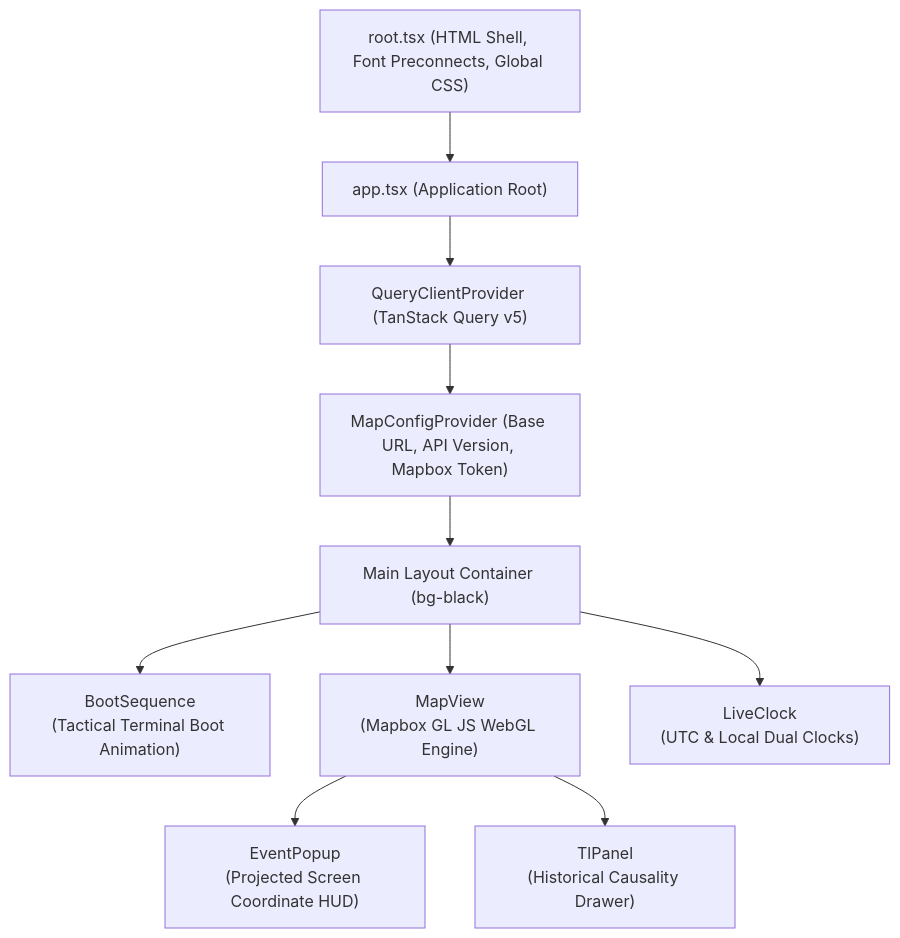
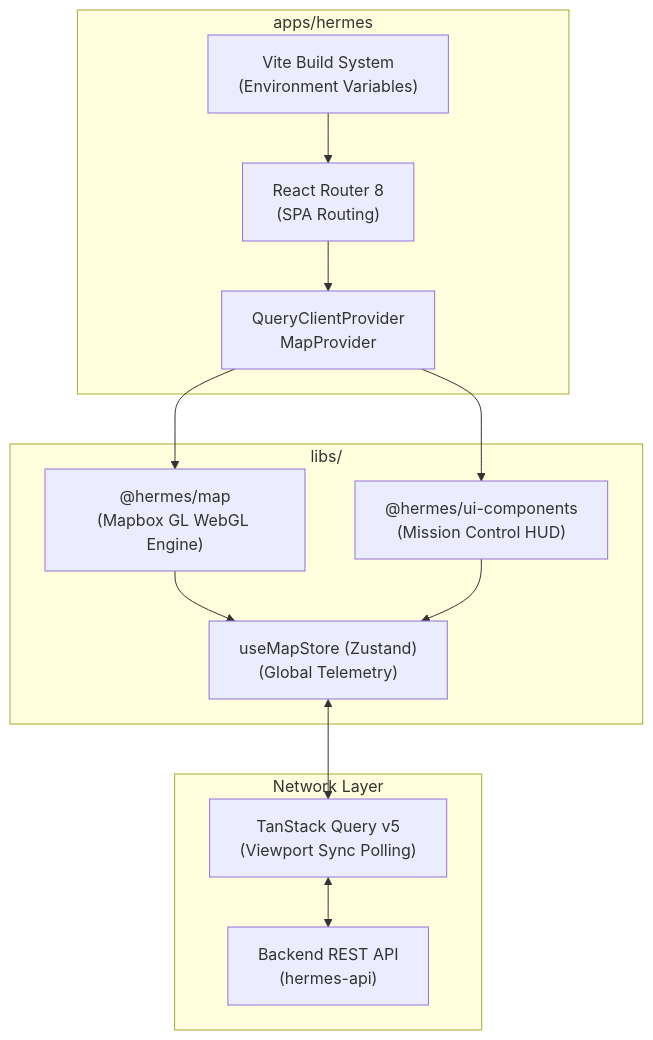
The diagram in apps/hermes/README.md (paavann/hermes), drawn with Mermaid before and after one commit. The commit also changed other lines of this file and 12 other files, not shown here.

````diff
--- a/apps/hermes/README.md
+++ b/apps/hermes/README.md
@@ -45,14 +18,36 @@
 ```mermaid
 flowchart TD
-    Root["root.tsx (HTML Shell, Font Preconnects, Global CSS)"] --> App["app.tsx (Application Root)"]
-    App --> QueryProvider["QueryClientProvider (TanStack Query v5)"]
-    QueryProvider --> ConfigProvider["MapConfigProvider (Base URL, API Version, Mapbox Token)"]
-    ConfigProvider --> Main["Main Layout Container (bg-black)"]
-    
-    Main --> BootSeq["BootSequence\n(Tactical Terminal Boot Animation)"]
-    Main --> MapView["MapView\n(Mapbox GL JS WebGL Engine)"]
-    Main --> LiveClock["LiveClock\n(UTC & Local Dual Clocks)"]
+    subgraph App Shell ["apps/hermes"]
+        Vite["Vite Build System
+(Environment Variables)"]
+        Router["React Router 8
+(SPA Routing)"]
+        Providers["QueryClientProvider
+MapProvider"]
+    end
 
-    MapView --> EventPopup["EventPopup\n(Projected Screen Coordinate HUD)"]
-    MapView --> TlPanel["TlPanel\n(Historical Causality Drawer)"]
+    subgraph Core Libraries ["libs/"]
+        MapLib["@hermes/map
+(Mapbox GL WebGL Engine)"]
+        HUDLib["@hermes/ui-components
+(Mission Control HUD)"]
+        StoreLib["useMapStore (Zustand)
+(Global Telemetry)"]
+    end
+
+    subgraph Network Layer
+        TanStack["TanStack Query v5
+(Viewport Sync Polling)"]
+        REST["Backend REST API
+(hermes-api)"]
+    end
+
+    Vite --> Router
+    Router --> Providers
+    Providers --> MapLib
+    Providers --> HUDLib
+    MapLib --> StoreLib
+    HUDLib --> StoreLib
+    StoreLib <--> TanStack
+    TanStack <--> REST
 ```
````
